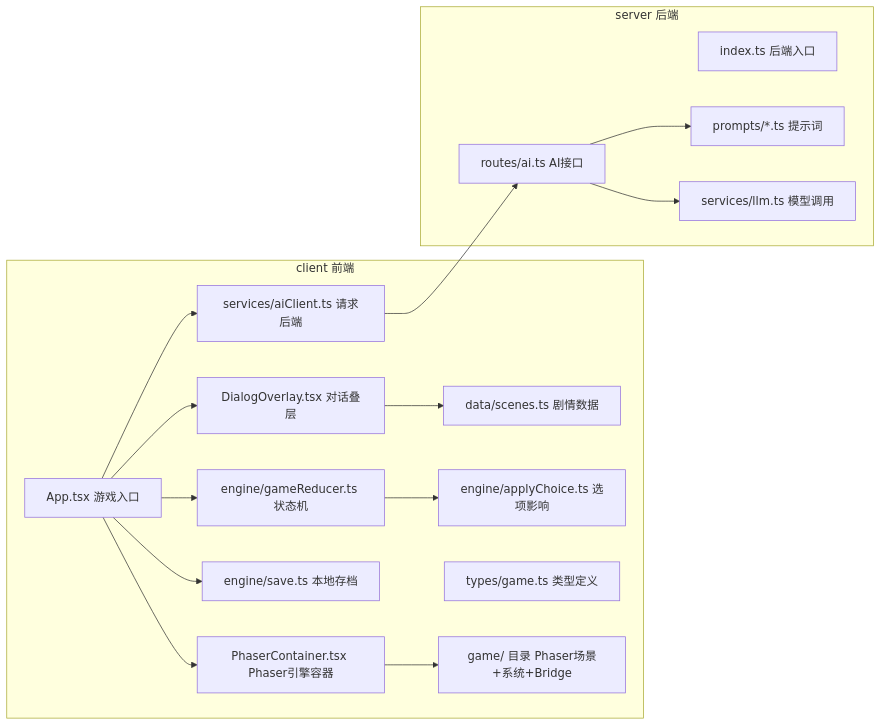
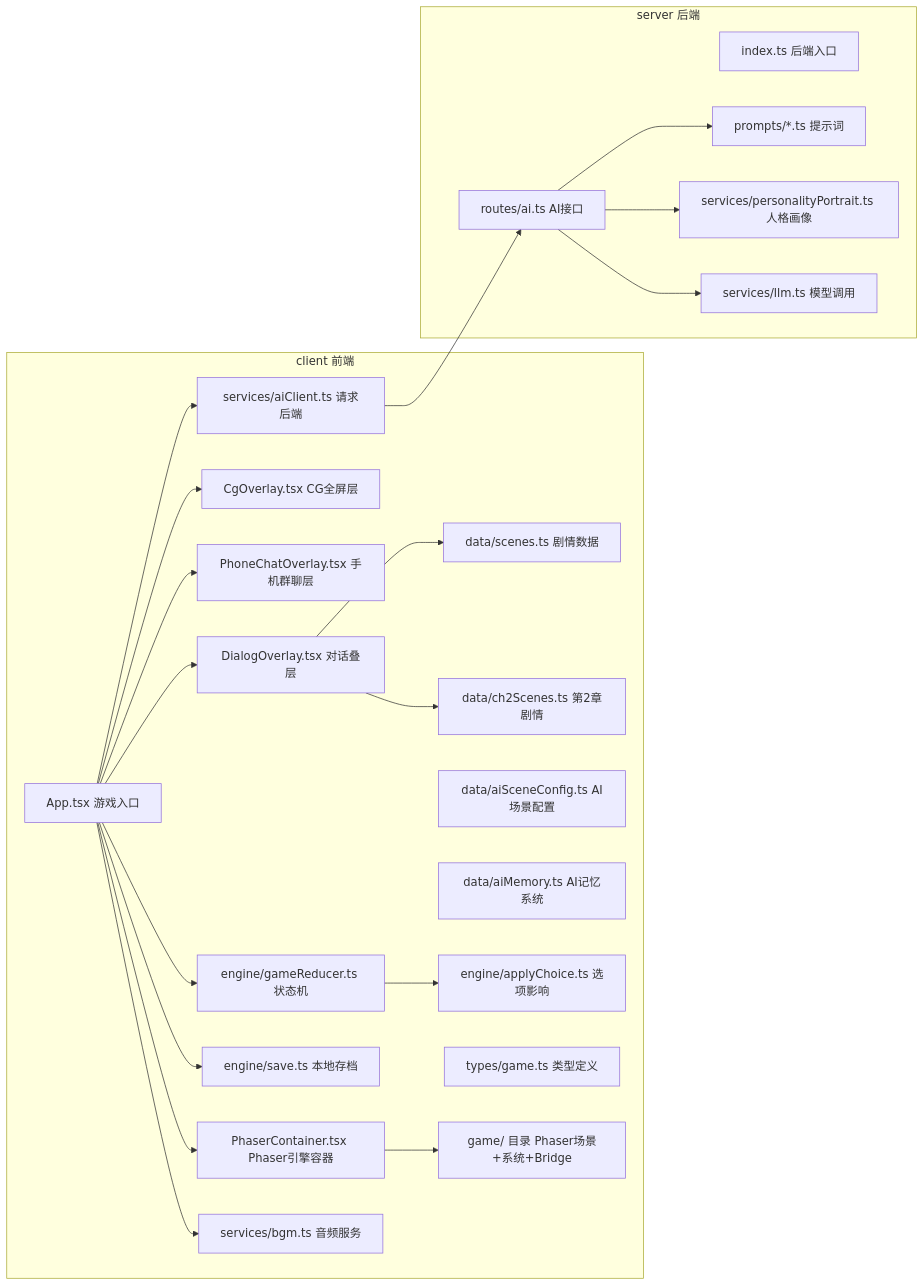
One commit to Spring0602/Happy-Child changed the fourth of 6 diagrams in docs/项目说明.md. Above: the diagram before and after it, drawn with Mermaid. The commit also changed other lines of this file and 2 other files, not shown here.

````diff
--- a/docs/项目说明.md
+++ b/docs/项目说明.md
@@ -117,34 +117,46 @@
 ```mermaid
 flowchart LR
     subgraph Client[client 前端]
         App[App.tsx 游戏入口]
         Dialog[DialogOverlay.tsx 对话叠层]
+        Cg[CgOverlay.tsx CG全屏层]
+        Phone[PhoneChatOverlay.tsx 手机群聊层]
         Phaser[PhaserContainer.tsx Phaser引擎容器]
         Data[data/scenes.ts 剧情数据]
+        Ch2Data[data/ch2Scenes.ts 第2章剧情]
+        AICfg[data/aiSceneConfig.ts AI场景配置]
+        AIMem[data/aiMemory.ts AI记忆系统]
         Engine[engine/gameReducer.ts 状态机]
         Apply[engine/applyChoice.ts 选项影响]
         Save[engine/save.ts 本地存档]
         AIClient[services/aiClient.ts 请求后端]
+        Audio[services/bgm.ts 音频服务]
         Types[types/game.ts 类型定义]
         GameDir[game/ 目录 Phaser场景+系统+Bridge]
     end
 
     subgraph Server[server 后端]
         Index[index.ts 后端入口]
         Routes[routes/ai.ts AI接口]
         Prompts[prompts/*.ts 提示词]
+        Portrait[services/personalityPortrait.ts 人格画像]
         LLM[services/llm.ts 模型调用]
     end
 
     App --> Dialog
+    App --> Cg
+    App --> Phone
     App --> Phaser
     App --> Engine
     App --> Save
     App --> AIClient
+    App --> Audio
     Dialog --> Data
+    Dialog --> Ch2Data
     Phaser --> GameDir
     Engine --> Apply
     AIClient --> Routes
     Routes --> Prompts
+    Routes --> Portrait
     Routes --> LLM
 ```
````
